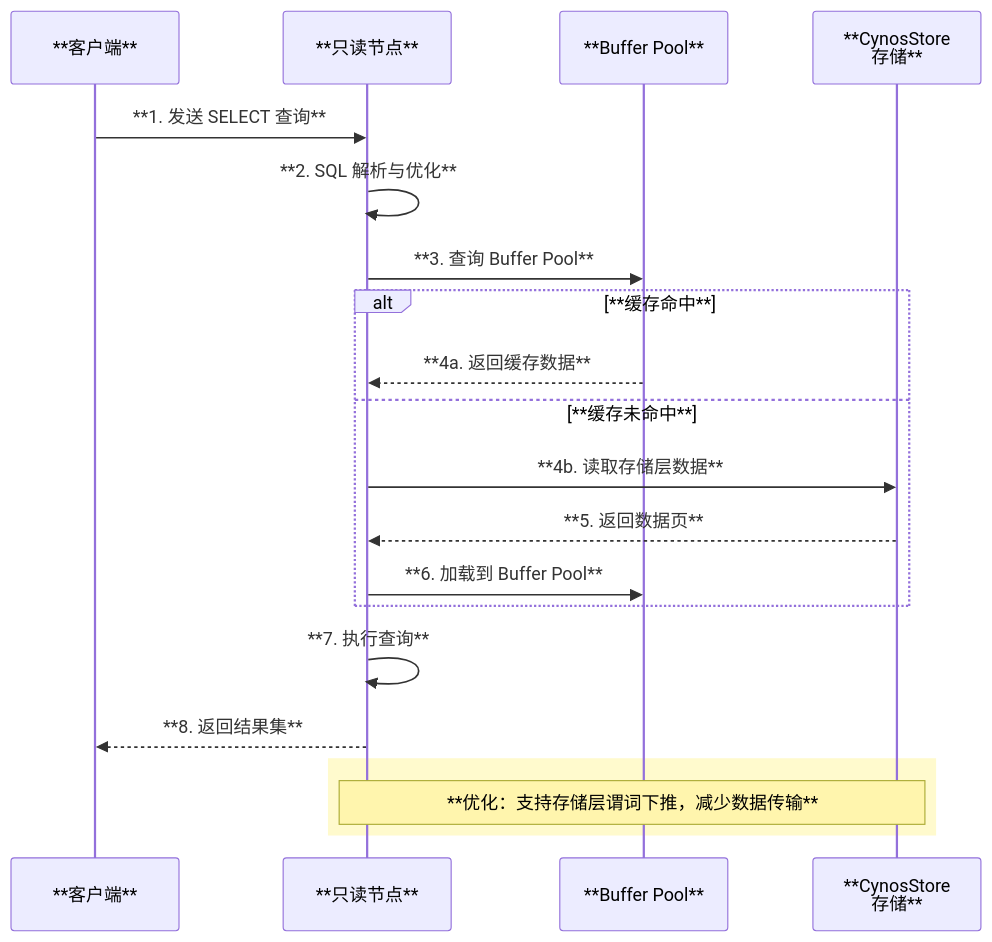
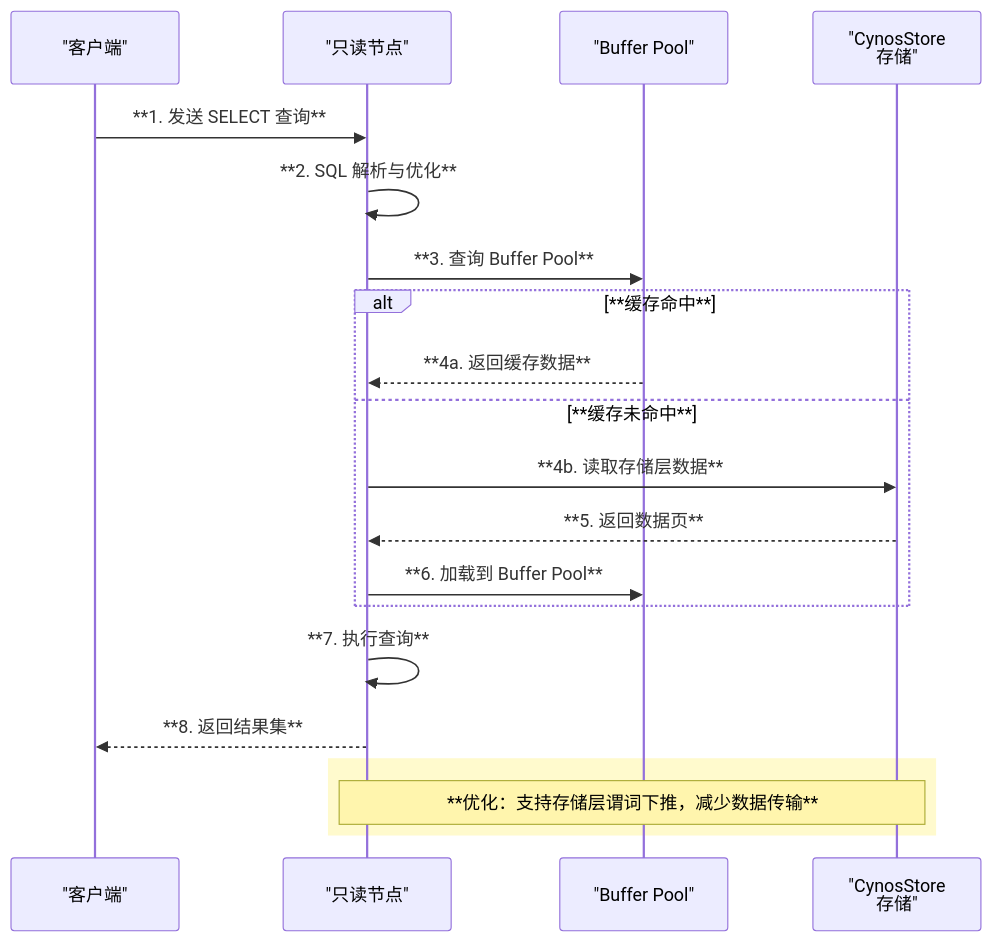
Before and after one commit to victor1589007281/percona-server: the sixth of 15 diagrams in vdocs/design/TDSQL-C_Architecture.md, drawn with Mermaid. The commit also changed other lines of this file and 141 other files, not shown here.

````diff
--- a/vdocs/design/TDSQL-C_Architecture.md
+++ b/vdocs/design/TDSQL-C_Architecture.md
@@ -274,26 +274,26 @@
 ```mermaid
 sequenceDiagram
-    participant **C** as **客户端**
-    participant **RO** as **只读节点**
-    participant **BP** as **Buffer Pool**
-    participant **CS** as **CynosStore<br/>存储**
+    participant C as "客户端"
+    participant RO as "只读节点"
+    participant BP as "Buffer Pool"
+    participant CS as "CynosStore<br/>存储"
     
-    **C**->>**RO**: **1. 发送 SELECT 查询**
-    **RO**->>**RO**: **2. SQL 解析与优化**
-    **RO**->>**BP**: **3. 查询 Buffer Pool**
+    C->>RO: **1. 发送 SELECT 查询**
+    RO->>RO: **2. SQL 解析与优化**
+    RO->>BP: **3. 查询 Buffer Pool**
     
     alt **缓存命中**
-        **BP**-->>**RO**: **4a. 返回缓存数据**
+        BP-->>RO: **4a. 返回缓存数据**
     else **缓存未命中**
-        **RO**->>**CS**: **4b. 读取存储层数据**
-        **CS**-->>**RO**: **5. 返回数据页**
-        **RO**->>**BP**: **6. 加载到 Buffer Pool**
+        RO->>CS: **4b. 读取存储层数据**
+        CS-->>RO: **5. 返回数据页**
+        RO->>BP: **6. 加载到 Buffer Pool**
     end
     
-    **RO**->>**RO**: **7. 执行查询**
-    **RO**-->>**C**: **8. 返回结果集**
+    RO->>RO: **7. 执行查询**
+    RO-->>C: **8. 返回结果集**
     
     rect rgb(255, 250, 205)
-    Note over **RO**,**CS**: **优化：支持存储层谓词下推，减少数据传输**
+    Note over RO,CS: **优化：支持存储层谓词下推，减少数据传输**
     end
 ```
````
